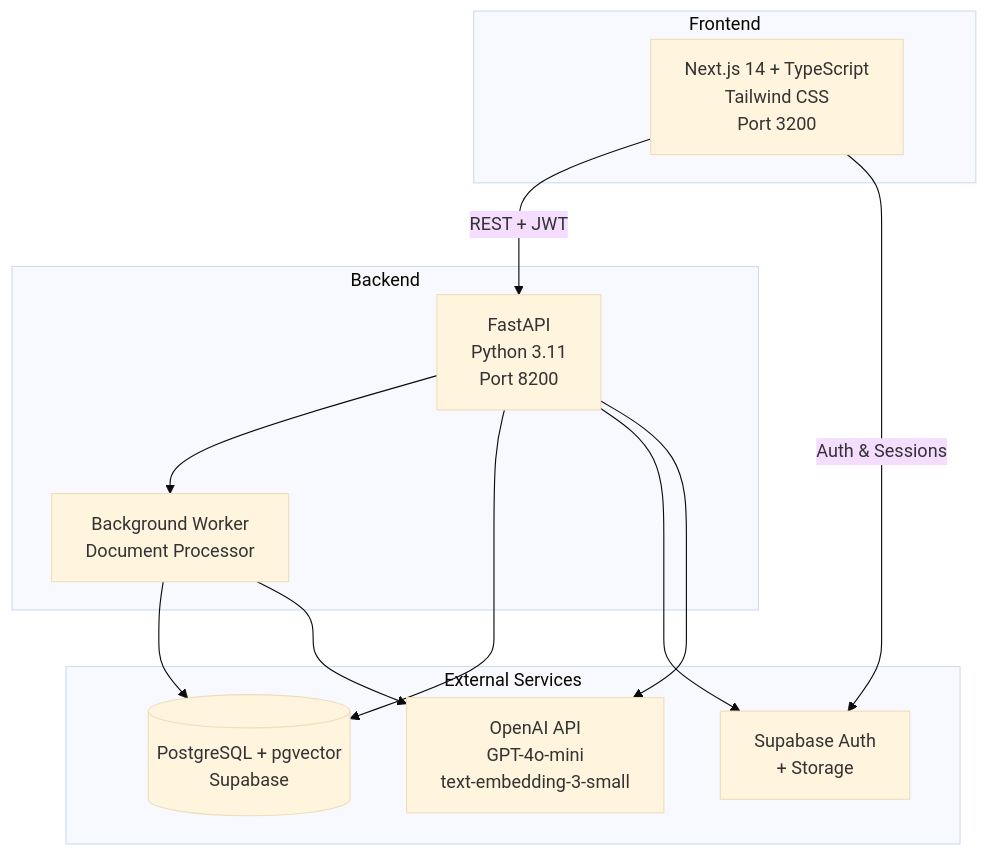
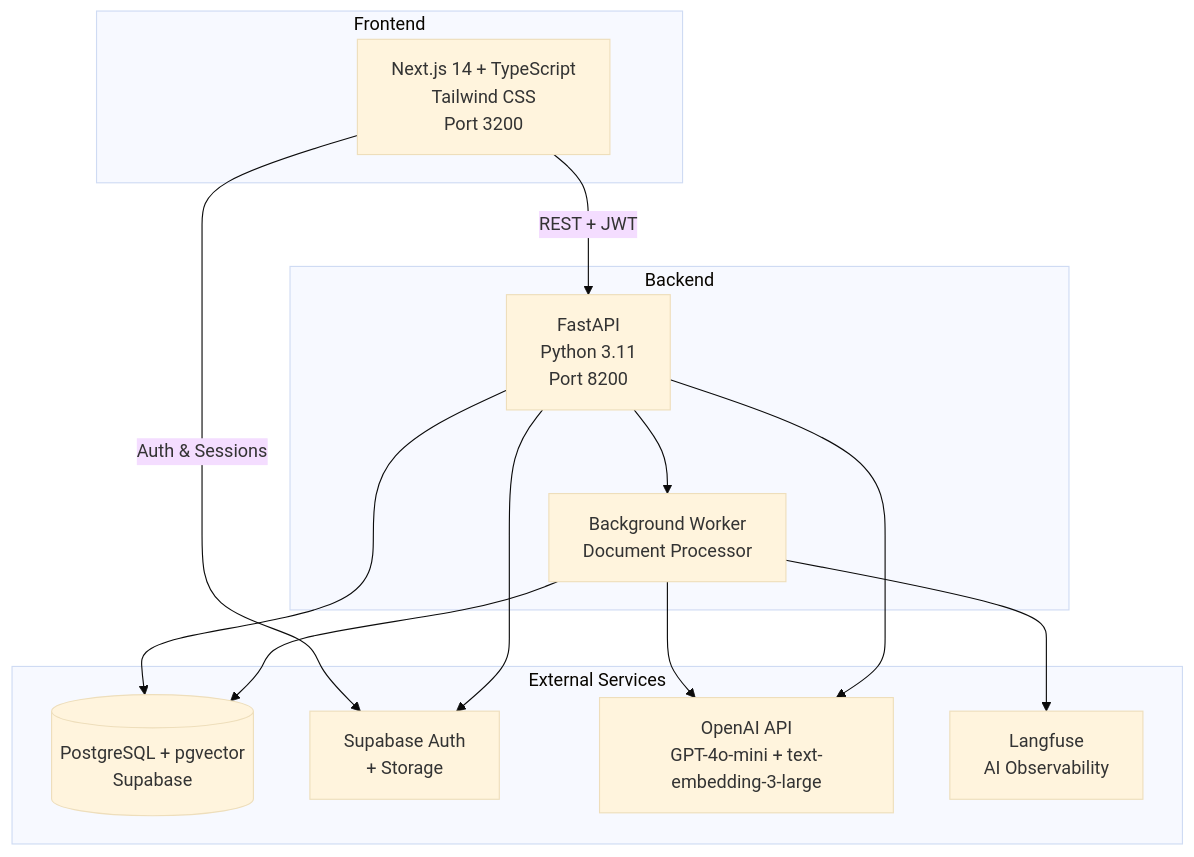
Before and after one commit to vijay-prabhu/contractlens: the first of 2 diagrams in README.md, drawn with Mermaid (base theme). The commit also changed other lines of this file, not shown here.

First line of the commit message:
docs: rewrite README for current state and open-source best practices

````diff
--- a/README.md
+++ b/README.md
@@ -7,26 +11,28 @@
 ```mermaid
 graph TB
     subgraph Frontend
         A[Next.js 14 + TypeScript<br/>Tailwind CSS<br/>Port 3200]
     end
 
     subgraph Backend
         B[FastAPI<br/>Python 3.11<br/>Port 8200]
         C[Background Worker<br/>Document Processor]
     end
 
     subgraph External Services
         D[(PostgreSQL + pgvector<br/>Supabase)]
         E[Supabase Auth<br/>+ Storage]
-        F[OpenAI API<br/>GPT-4o-mini<br/>text-embedding-3-small]
+        F[OpenAI API<br/>GPT-4o-mini + text-embedding-3-large]
+        G[Langfuse<br/>AI Observability]
     end
 
     A -->|REST + JWT| B
     A -->|Auth & Sessions| E
     B --> C
     B --> D
     B --> E
     C --> D
     C --> F
+    C --> G
     B --> F
 ```
````
